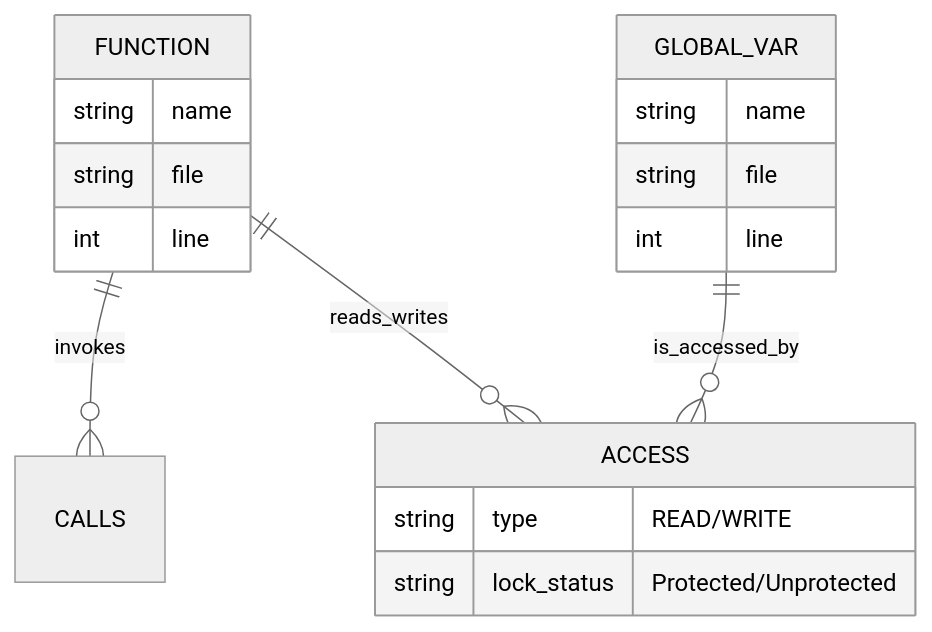
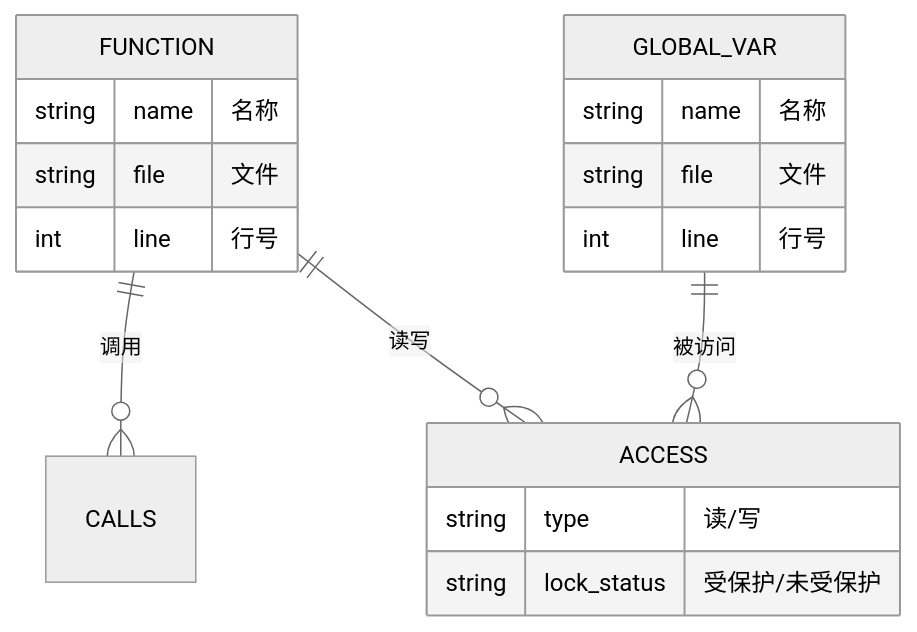
Before and after one commit to lehengzhangJacob/Linux_kernel_safety_tool: the third of 7 diagrams in README.md, drawn with Mermaid (neutral theme). The commit also changed other lines of this file, not shown here.

Commit message:
Translate all mermaid diagrams to Chinese

````diff
--- a/README.md
+++ b/README.md
@@ -105,23 +105,23 @@
 ```mermaid
 erDiagram
-    FUNCTION ||--o{ CALLS : invokes
-    FUNCTION ||--o{ ACCESS : reads_writes
-    GLOBAL_VAR ||--o{ ACCESS : is_accessed_by
+    FUNCTION ||--o{ CALLS : 调用
+    FUNCTION ||--o{ ACCESS : 读写
+    GLOBAL_VAR ||--o{ ACCESS : 被访问
 
     FUNCTION {
-        string name
-        string file
-        int line
+        string name "名称"
+        string file "文件"
+        int line "行号"
     }
 
     GLOBAL_VAR {
-        string name
-        string file
-        int line
+        string name "名称"
+        string file "文件"
+        int line "行号"
     }
 
     ACCESS {
-        string type "READ/WRITE"
-        string lock_status "Protected/Unprotected"
+        string type "读/写"
+        string lock_status "受保护/未受保护"
     }
 ```
````
